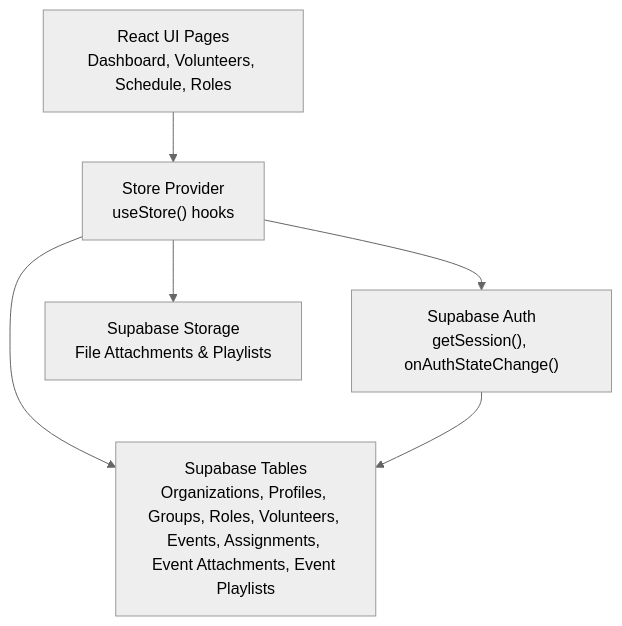
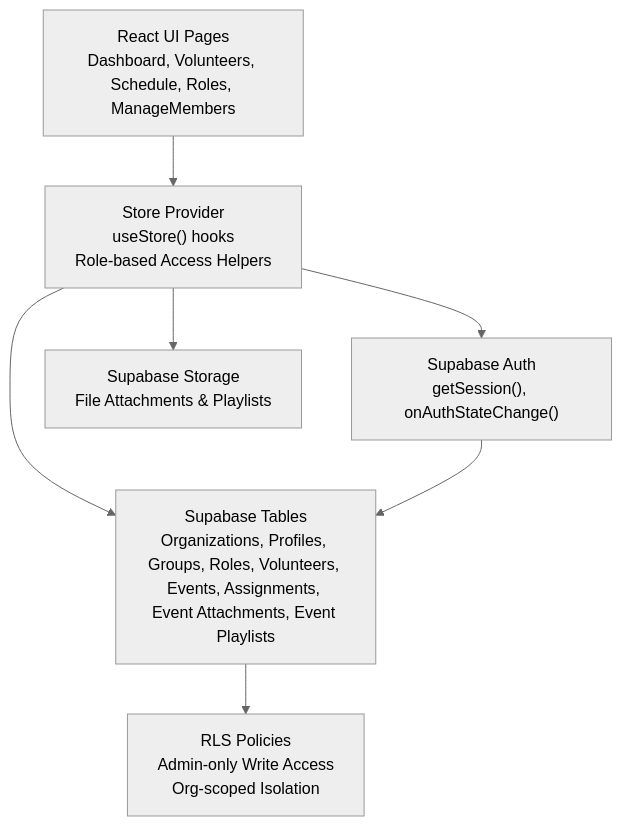
Before and after one commit to netdaniel/serveflow: the second of 12 diagrams in .qoder/repowiki/en/content/Service Scheduling Platform/Service Scheduling Platform.md, drawn with Mermaid (neutral theme). The commit also changed other lines of this file and 15 other files, not shown here.

````diff
--- a/.qoder/repowiki/en/content/Service Scheduling Platform/Service Scheduling Platform.md
+++ b/.qoder/repowiki/en/content/Service Scheduling Platform/Service Scheduling Platform.md
@@ -154,13 +164,15 @@
 ```mermaid
 graph TB
-UI["React UI Pages<br/>Dashboard, Volunteers, Schedule, Roles"]
-Store["Store Provider<br/>useStore() hooks"]
+UI["React UI Pages<br/>Dashboard, Volunteers, Schedule, Roles, ManageMembers"]
+Store["Store Provider<br/>useStore() hooks<br/>Role-based Access Helpers"]
 Auth["Supabase Auth<br/>getSession(), onAuthStateChange()"]
 DB["Supabase Tables<br/>Organizations, Profiles, Groups, Roles, Volunteers, Events, Assignments, Event Attachments, Event Playlists"]
+Policies["RLS Policies<br/>Admin-only Write Access<br/>Org-scoped Isolation"]
 FileStorage["Supabase Storage<br/>File Attachments & Playlists"]
 UI --> Store
 Store --> Auth
 Store --> DB
 Store --> FileStorage
 Auth --> DB
+DB --> Policies
 ```
````
